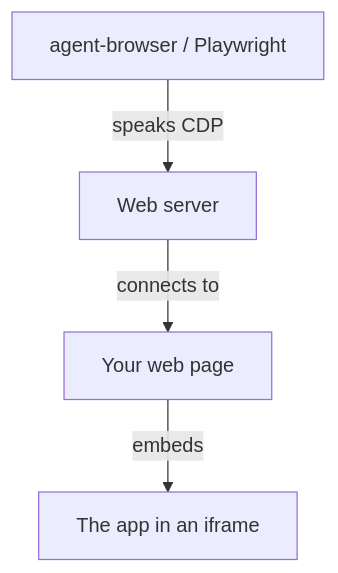
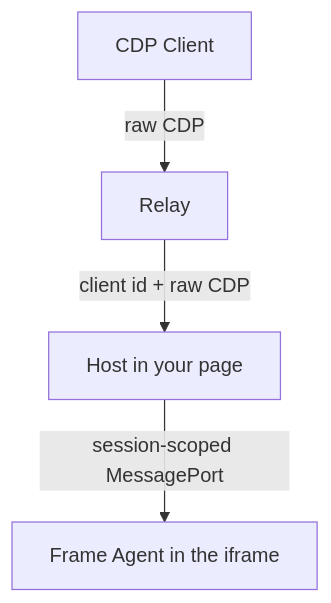
Before and after one commit to olimsaidov/icdp: the diagram in docs/index.md, drawn with Mermaid. The commit also changed other lines of this file and 78 other files, not shown here.

````diff
--- a/docs/index.md
+++ b/docs/index.md
@@ -48,6 +47,6 @@
 ```mermaid
 flowchart TD
-    C["agent-browser / Playwright"] -->|"speaks CDP"| R["Web server"]
-    R -->|"connects to"| H["Your web page"]
-    H -->|"embeds"| F["The app in an iframe"]
+    C["CDP Client"] -->|"raw CDP"| R["Relay"]
+    R -->|"client id + raw CDP"| H["Host in your page"]
+    H -->|"session-scoped MessagePort"| F["Frame Agent in the iframe"]
 ```
````
